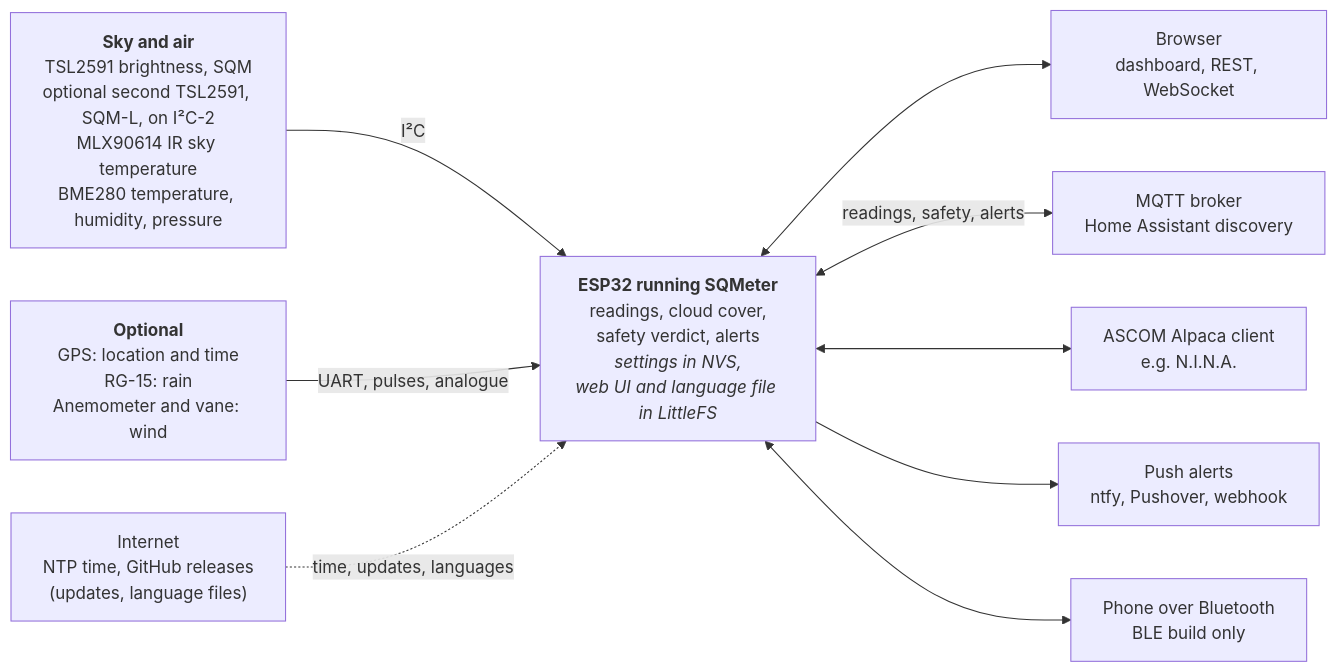
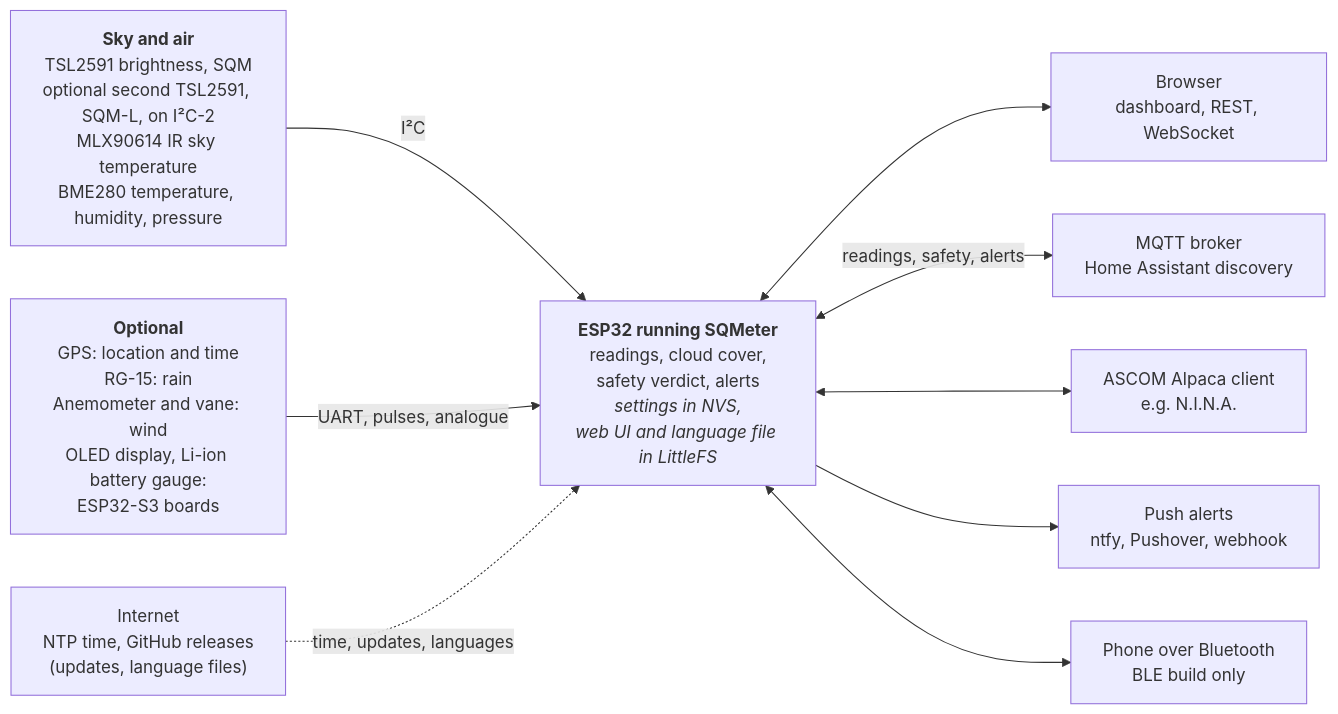
The diagram in README.md (DeanJ87/SQMeter), drawn with Mermaid before and after one commit. The commit also changed other lines of this file and 236 other files, not shown here.

First line of the commit message:
feat: OLED display and Li-ion battery (specs 031, 032, travel all-sky) (#156)

````diff
--- a/README.md
+++ b/README.md
@@ -31,22 +31,22 @@
 ```mermaid
 flowchart LR
     accTitle: What SQMeter connects to
     accDescr: Sensors feed the ESP32. It keeps its settings and web UI on the device, serves a dashboard and APIs to browsers, publishes to an MQTT broker, answers ASCOM Alpaca clients such as N.I.N.A., and sends alerts to push services and paired phones.
     I2C["<b>Sky and air</b><br/>TSL2591 brightness, SQM<br/>optional second TSL2591, SQM-L, on I²C-2<br/>MLX90614 IR sky temperature<br/>BME280 temperature, humidity, pressure"]
-    OPT["<b>Optional</b><br/>GPS: location and time<br/>RG-15: rain<br/>Anemometer and vane: wind"]
+    OPT["<b>Optional</b><br/>GPS: location and time<br/>RG-15: rain<br/>Anemometer and vane: wind<br/>OLED display, Li-ion battery gauge:<br/>ESP32-S3 boards"]
     ESP["<b>ESP32 running SQMeter</b><br/>readings, cloud cover,<br/>safety verdict, alerts<br/><i>settings in NVS,<br/>web UI and language file in LittleFS</i>"]
     WEB["Browser<br/>dashboard, REST, WebSocket"]
     MQTT["MQTT broker<br/>Home Assistant discovery"]
     ALPACA["ASCOM Alpaca client<br/>e.g. N.I.N.A."]
     PUSH["Push alerts<br/>ntfy, Pushover, webhook"]
     PHONE["Phone over Bluetooth<br/>BLE build only"]
     NET["Internet<br/>NTP time, GitHub releases<br/>(updates, language files)"]
     I2C -->|I²C| ESP
     OPT -->|UART, pulses, analogue| ESP
     NET -.->|time, updates, languages| ESP
     ESP <--> WEB
     ESP <-->|readings, safety, alerts| MQTT
     ESP <--> ALPACA
     ESP --> PUSH
     ESP <--> PHONE
 ```
````
